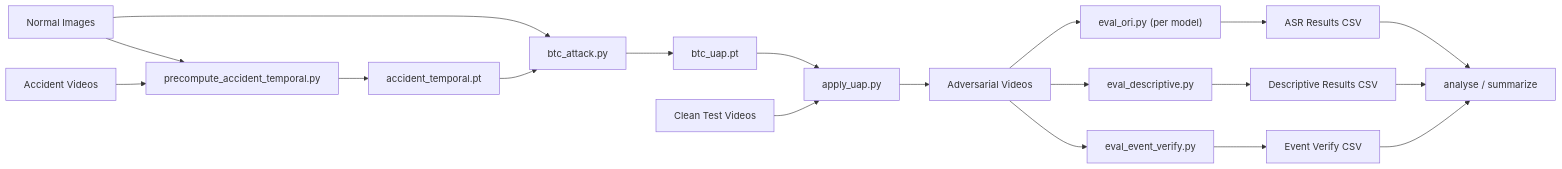
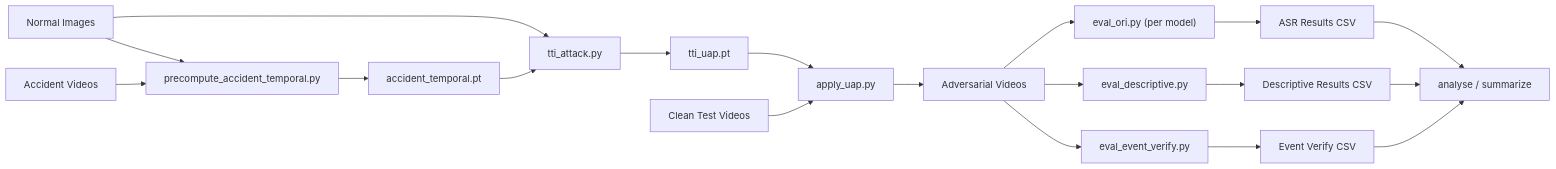
Before and after one commit to ZMinghuiZ/FYP-TTI-UAP: the diagram in README.md, drawn with Mermaid. The commit also changed other lines of this file and 14 other files, not shown here.

````diff
--- a/README.md
+++ b/README.md
@@ -11,21 +11,21 @@
 ```mermaid
 flowchart LR
     A[Normal Images] --> B[precompute_accident_temporal.py]
     C[Accident Videos] --> B
     B --> D[accident_temporal.pt]
-    A --> E[btc_attack.py]
+    A --> E[tti_attack.py]
     D --> E
-    E --> F[btc_uap.pt]
+    E --> F[tti_uap.pt]
     F --> G[apply_uap.py]
     H[Clean Test Videos] --> G
     G --> I[Adversarial Videos]
     I --> J["eval_ori.py (per model)"]
     I --> K[eval_descriptive.py]
     I --> L[eval_event_verify.py]
     J --> M[ASR Results CSV]
     K --> N[Descriptive Results CSV]
     L --> O[Event Verify CSV]
     M --> P["analyse / summarize"]
     N --> P
     O --> P
 ```
````
